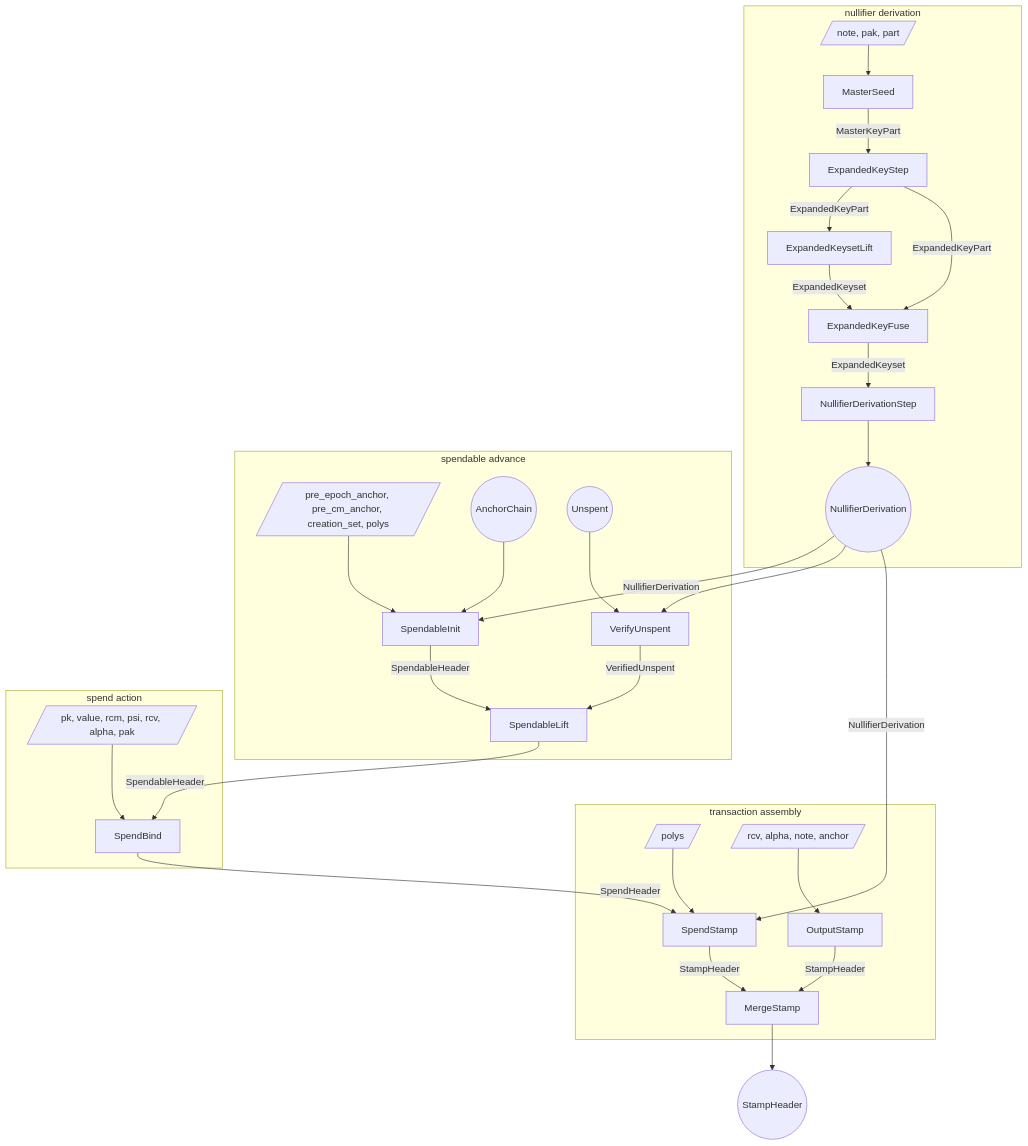
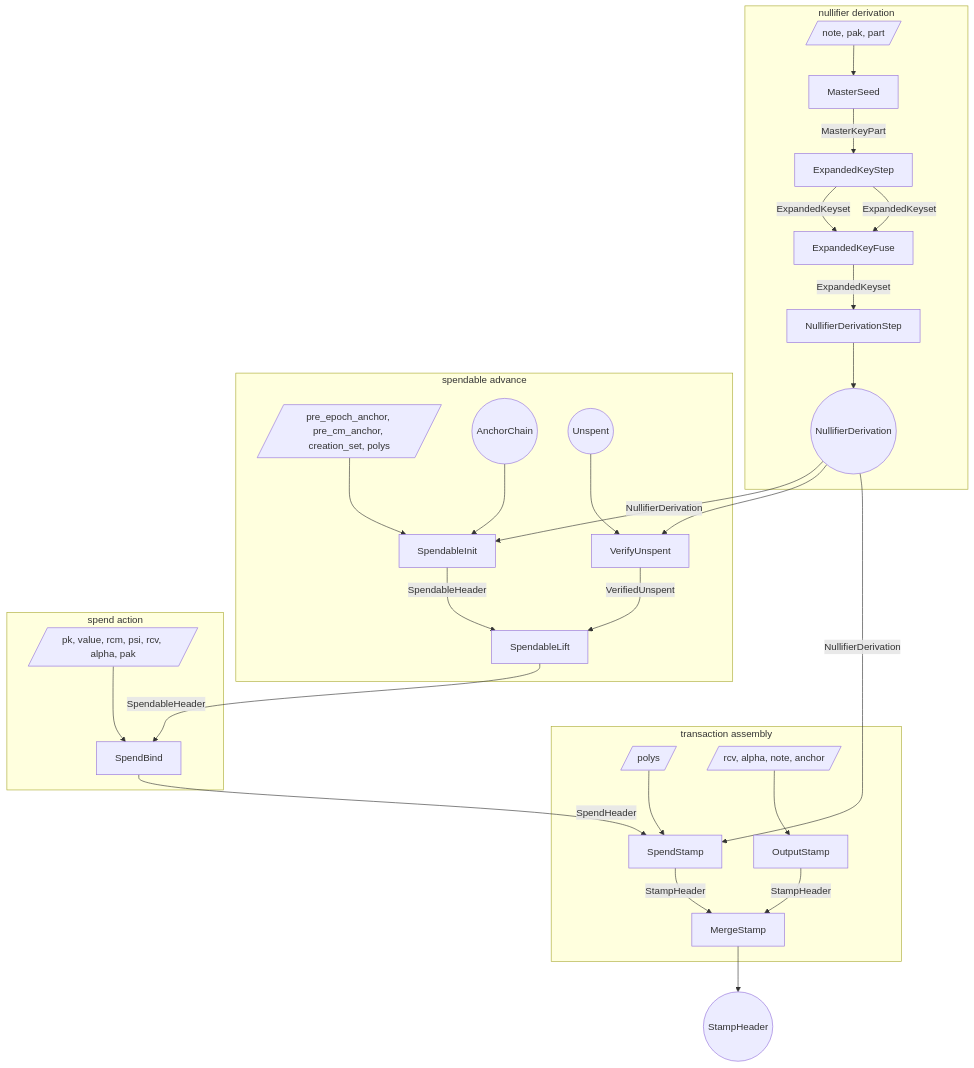
Before and after one commit to tachyon-zcash/tachyon: the first of 3 diagrams in book/src/proof-tree.md, drawn with Mermaid. The commit also changed other lines of this file and 6 other files, not shown here.

````diff
--- a/book/src/proof-tree.md
+++ b/book/src/proof-tree.md
@@ -209,63 +208,61 @@
 ```mermaid
 flowchart TB
   subgraph derive [nullifier derivation]
     w_seed[/note, pak, part/]
     s_seed[MasterSeed]
     s_expand[ExpandedKeyStep]
-    s_klift[ExpandedKeysetLift]
     s_kfuse[ExpandedKeyFuse]
     s_derive[NullifierDerivationStep]
     nf_derivation((NullifierDerivation))
   end
 
   subgraph spendable [spendable advance]
     w_init[/pre_epoch_anchor, pre_cm_anchor, creation_set, polys/]
     anchor_init((AnchorChain))
     s_init[SpendableInit]
     unspent_in((Unspent))
     s_verify[VerifyUnspent]
     s_lift[SpendableLift]
   end
 
   subgraph spend_action [spend action]
     w_bind[/pk, value, rcm, psi, rcv, alpha, pak/]
     s_bind[SpendBind]
   end
 
   subgraph merge [transaction assembly]
     w_stamp[/polys/]
     s_spendstamp[SpendStamp]
     w_output[/rcv, alpha, note, anchor/]
     s_output[OutputStamp]
     s_merge[MergeStamp]
   end
 
   stamp_out((StampHeader))
 
   w_seed --> s_seed
   s_seed -->|MasterKeyPart| s_expand
-  s_expand -->|ExpandedKeyPart| s_klift
-  s_klift -->|ExpandedKeyset| s_kfuse
-  s_expand -->|ExpandedKeyPart| s_kfuse
+  s_expand -->|ExpandedKeyset| s_kfuse
+  s_expand -->|ExpandedKeyset| s_kfuse
   s_kfuse -->|ExpandedKeyset| s_derive
   s_derive --> nf_derivation
 
   anchor_init --> s_init
   nf_derivation -->|NullifierDerivation| s_init
   w_init --> s_init
   nf_derivation --> s_verify
   unspent_in --> s_verify
   s_init -->|SpendableHeader| s_lift
   s_verify -->|VerifiedUnspent| s_lift
   s_lift -->|SpendableHeader| s_bind
 
   w_bind --> s_bind
   s_bind -->|SpendHeader| s_spendstamp
   nf_derivation -->|NullifierDerivation| s_spendstamp
   w_stamp --> s_spendstamp
 
   w_output --> s_output
   s_spendstamp -->|StampHeader| s_merge
   s_output -->|StampHeader| s_merge
   s_merge --> stamp_out
 ```
````
